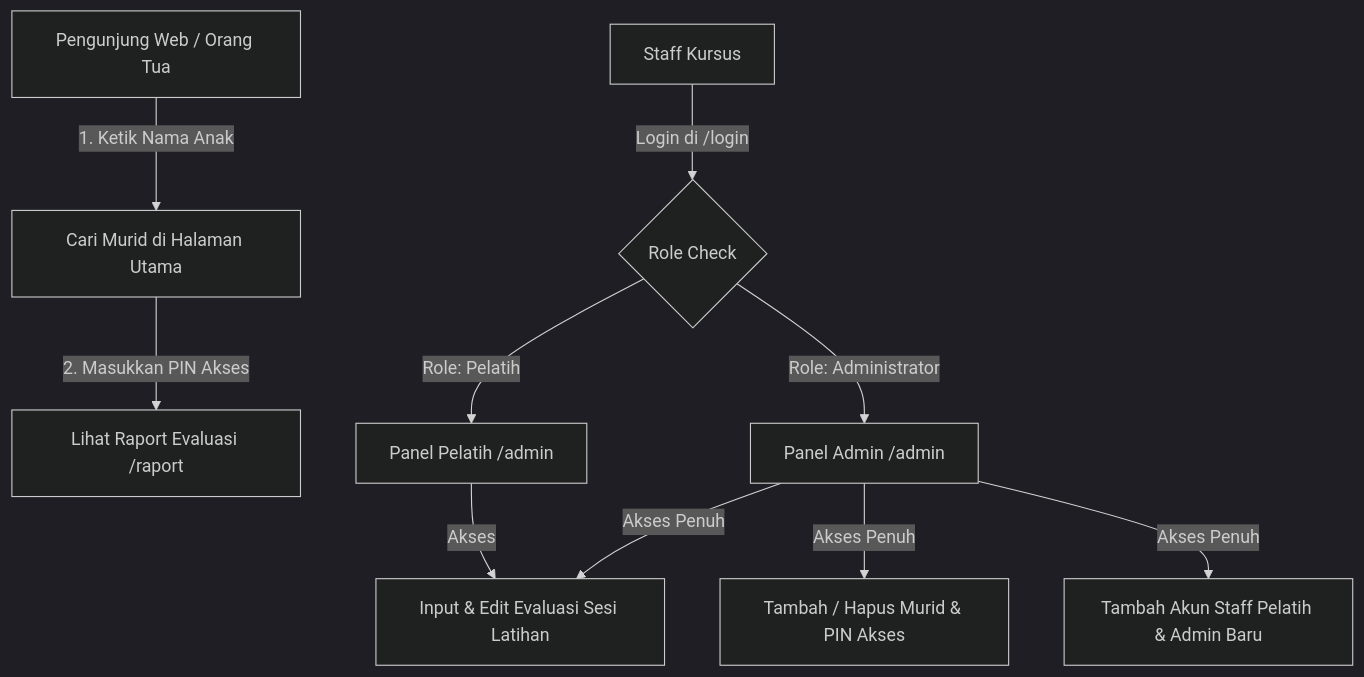
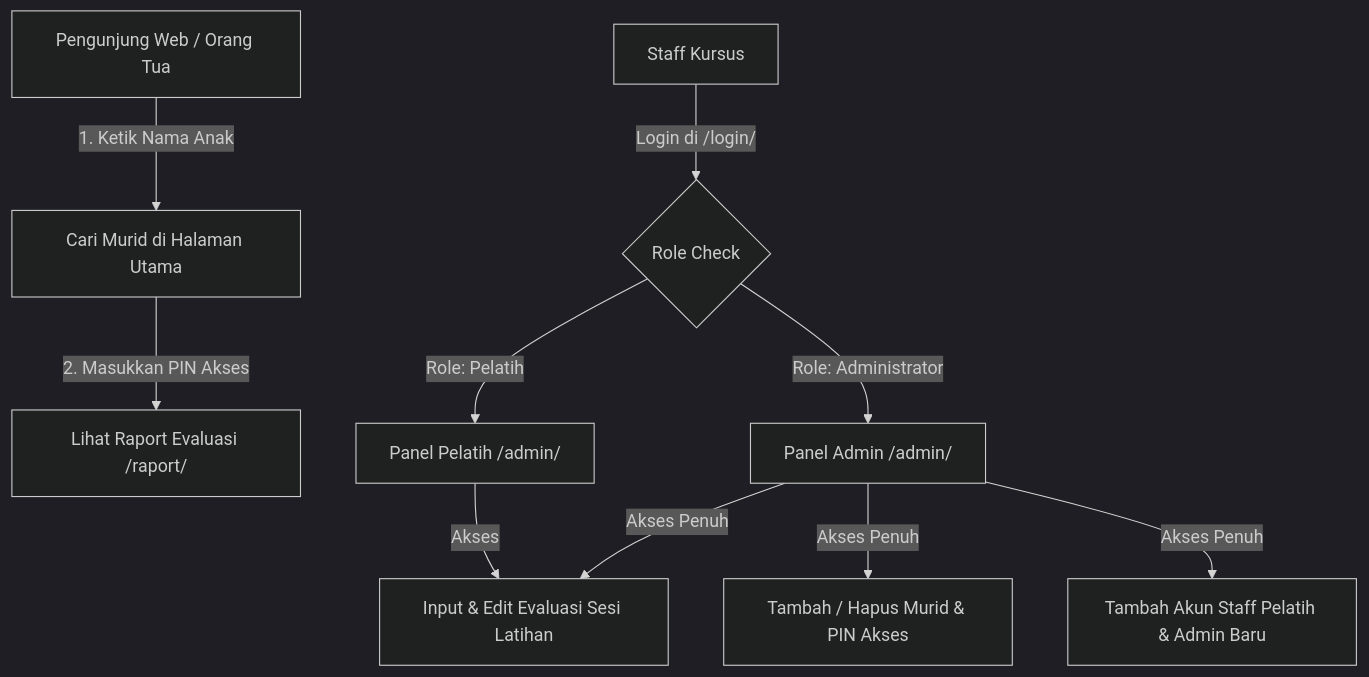
The diagram in BLUEPRINT.md (sofiyahauliah24-lab/Raport-Ayo-Renang), drawn with Mermaid (dark theme) before and after one commit. The commit also changed other lines of this file and 1 other file, not shown here.

````diff
--- a/BLUEPRINT.md
+++ b/BLUEPRINT.md
@@ -26,14 +27,14 @@
 ```mermaid
 flowchart TD
     A[Pengunjung Web / Orang Tua] -->|1. Ketik Nama Anak| B[Cari Murid di Halaman Utama]
-    B -->|2. Masukkan PIN Akses| C[Lihat Raport Evaluasi /raport]
+    B -->|2. Masukkan PIN Akses| C[Lihat Raport Evaluasi /raport/]
     
-    D[Staff Kursus] -->|Login di /login| E{Role Check}
-    E -->|Role: Pelatih| F[Panel Pelatih /admin]
-    E -->|Role: Administrator| G[Panel Admin /admin]
+    D[Staff Kursus] -->|Login di /login/| E{Role Check}
+    E -->|Role: Pelatih| F[Panel Pelatih /admin/]
+    E -->|Role: Administrator| G[Panel Admin /admin/]
     
     F -->|Akses| H[Input & Edit Evaluasi Sesi Latihan]
     G -->|Akses Penuh| H
     G -->|Akses Penuh| I[Tambah / Hapus Murid & PIN Akses]
     G -->|Akses Penuh| J[Tambah Akun Staff Pelatih & Admin Baru]
 ```
````
